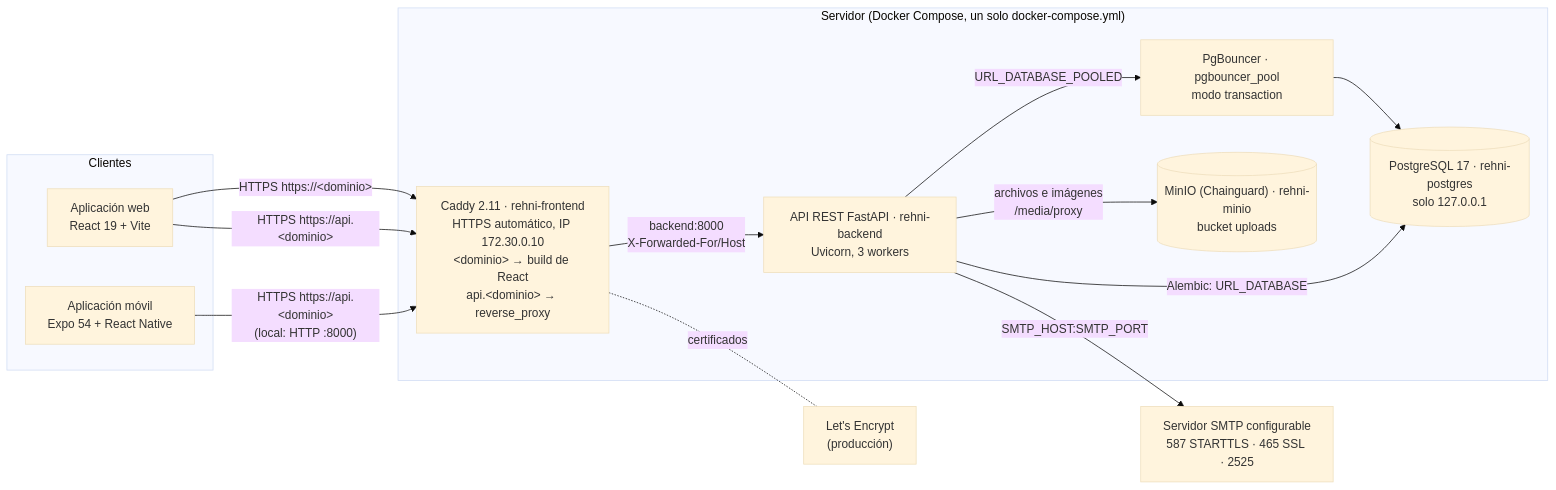
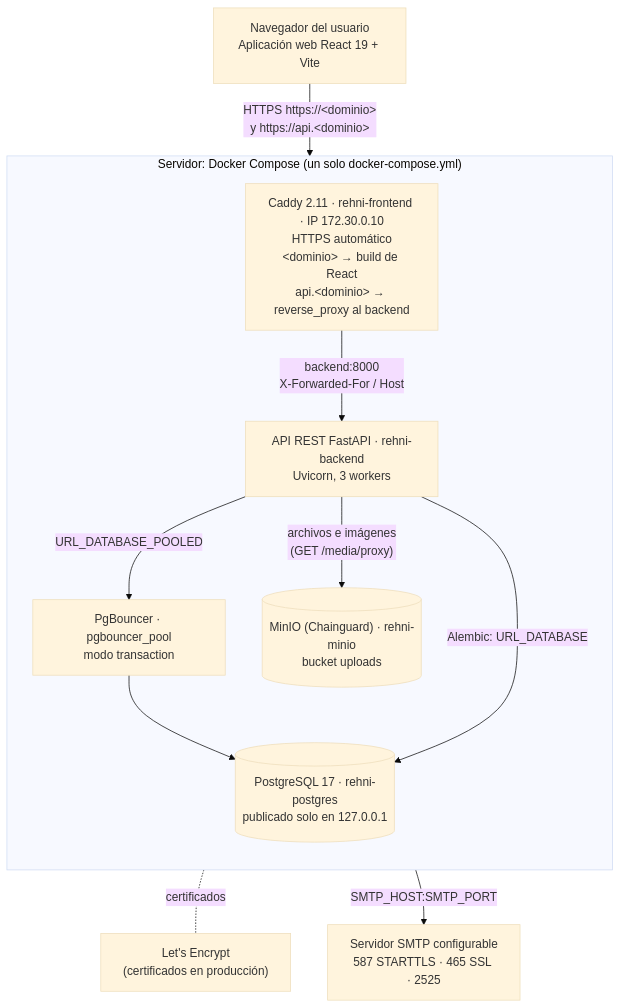
The diagram in docs/Manuales/diagramas/arquitectura.mmd (RehnieyAl/Rehni-Market), drawn with Mermaid (base theme) before and after one commit. The commit also changed 59 other files, not shown here.

First line of the commit message:
docs(manuales): diagramas sin la app móvil y modelo de datos por módulo

```diff
--- a/docs/Manuales/diagramas/arquitectura.mmd
+++ b/docs/Manuales/diagramas/arquitectura.mmd
@@ -1,24 +1,20 @@
-flowchart LR
-  subgraph Clientes
-    W["Aplicación web<br/>React 19 + Vite"]
-    M["Aplicación móvil<br/>Expo 54 + React Native"]
-  end
-  subgraph Servidor["Servidor (Docker Compose, un solo docker-compose.yml)"]
-    C["Caddy 2.11 · rehni-frontend<br/>HTTPS automático, IP 172.30.0.10<br/>&lt;dominio&gt; → build de React<br/>api.&lt;dominio&gt; → reverse_proxy"]
+flowchart TB
+  W["Navegador del usuario<br/>Aplicación web React 19 + Vite"]
+  subgraph Servidor["Servidor: Docker Compose (un solo docker-compose.yml)"]
+    direction TB
+    C["Caddy 2.11 · rehni-frontend · IP 172.30.0.10<br/>HTTPS automático<br/>&lt;dominio&gt; → build de React<br/>api.&lt;dominio&gt; → reverse_proxy al backend"]
     B["API REST FastAPI · rehni-backend<br/>Uvicorn, 3 workers"]
     G["PgBouncer · pgbouncer_pool<br/>modo transaction"]
-    P[("PostgreSQL 17 · rehni-postgres<br/>solo 127.0.0.1")]
+    P[("PostgreSQL 17 · rehni-postgres<br/>publicado solo en 127.0.0.1")]
     O[("MinIO (Chainguard) · rehni-minio<br/>bucket uploads")]
   end
-  LE["Let's Encrypt<br/>(producción)"]
+  LE["Let's Encrypt<br/>(certificados en producción)"]
   Mail["Servidor SMTP configurable<br/>587 STARTTLS · 465 SSL · 2525"]
-  W -->|"HTTPS https://&lt;dominio&gt;"| C
-  W -->|"HTTPS https://api.&lt;dominio&gt;"| C
-  M -->|"HTTPS https://api.&lt;dominio&gt;<br/>(local: HTTP :8000)"| C
-  C -->|"backend:8000<br/>X-Forwarded-For/Host"| B
+  W -->|"HTTPS https://&lt;dominio&gt;<br/>y https://api.&lt;dominio&gt;"| C
   C -. "certificados" .- LE
+  C -->|"backend:8000<br/>X-Forwarded-For / Host"| B
   B -->|"URL_DATABASE_POOLED"| G
   G --> P
   B -->|"Alembic: URL_DATABASE"| P
-  B -->|"archivos e imágenes<br/>/media/proxy"| O
+  B -->|"archivos e imágenes<br/>(GET /media/proxy)"| O
   B -->|"SMTP_HOST:SMTP_PORT"| Mail
```
